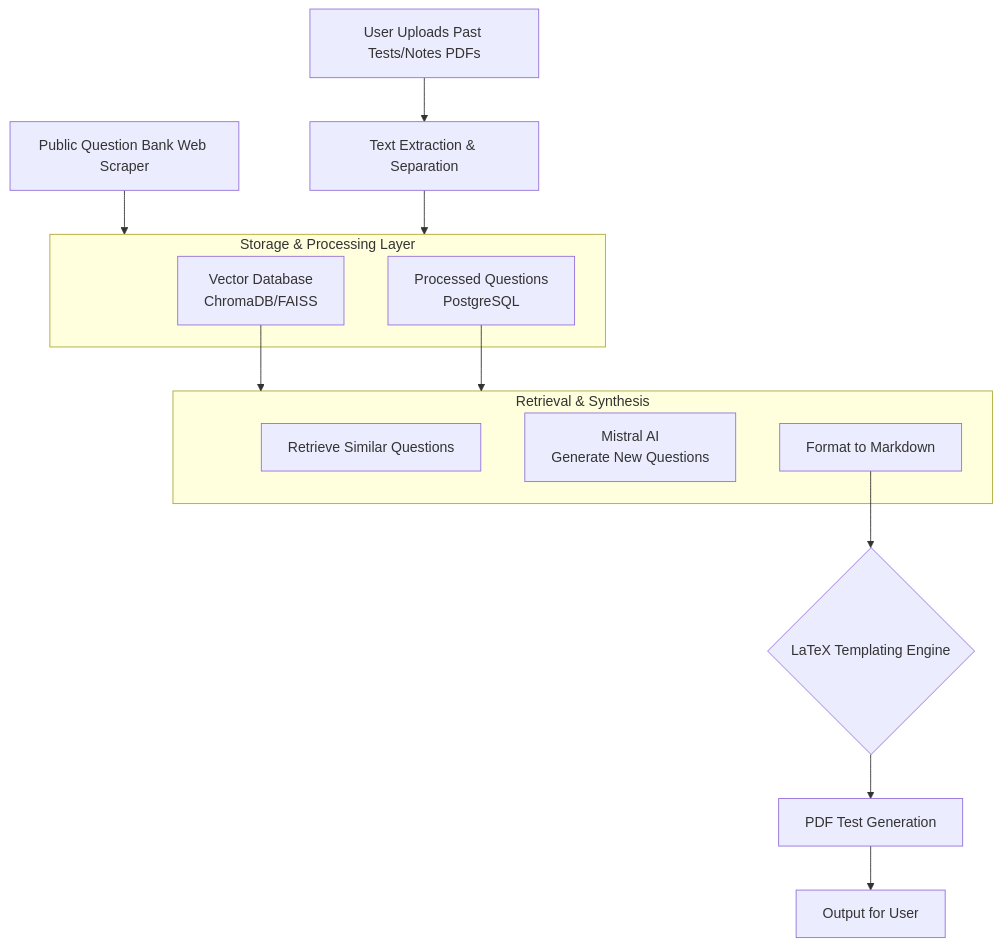
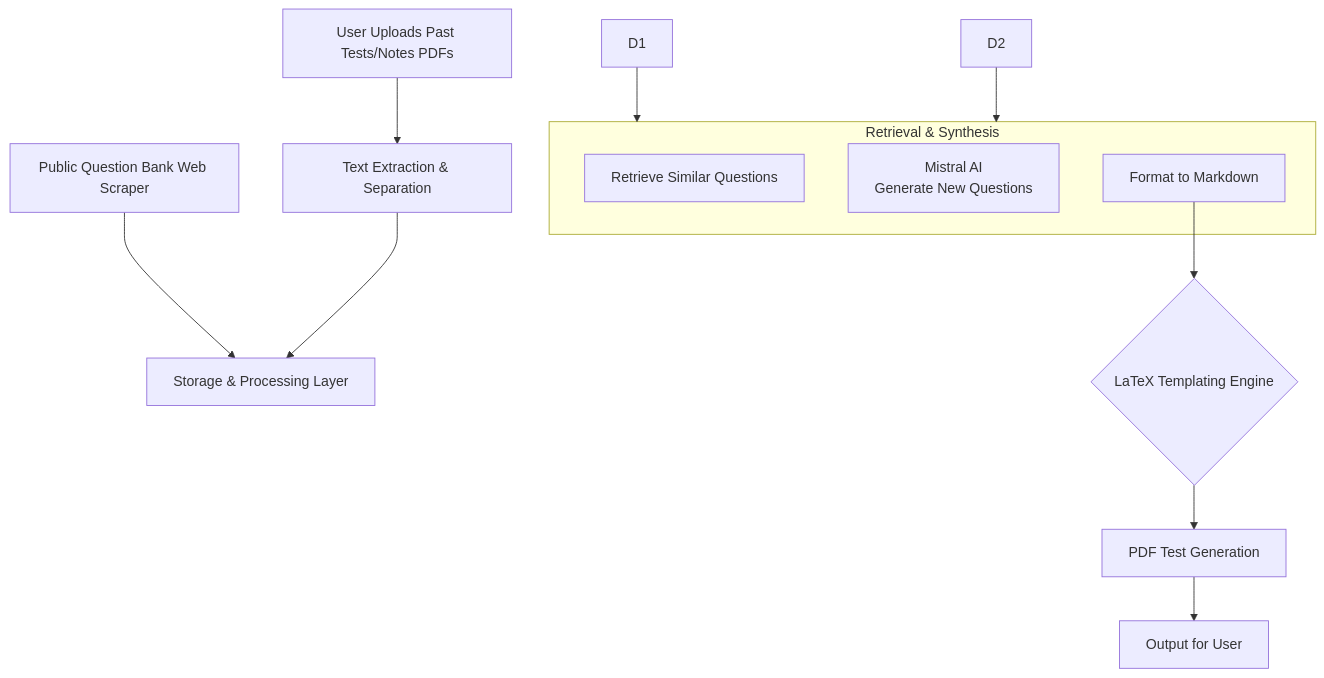
Before and after one commit to NadimMussaDaud/MistralAIExamsGenerationApp: the diagram in README.md, drawn with Mermaid.

Commit message:
Remove Storage & Processing Layer subgraph from README
Removed the Storage & Processing Layer subgraph from the diagram.

````diff
--- a/README.md
+++ b/README.md
@@ -17,24 +17,19 @@
 ```mermaid
 flowchart TD
     A[User Uploads Past Tests/Notes PDFs] --> B[Text Extraction & Separation]
     C[Public Question Bank Web Scraper] --> D[Storage & Processing Layer]
     B --> D
-
-    subgraph D [Storage & Processing Layer]
-        D1[Vector Database<br>ChromaDB/FAISS]
-        D2[Processed Questions<br>PostgreSQL]
-    end
 
     D1 --> E[Retrieval & Synthesis]
     D2 --> E
 
     subgraph E [Retrieval & Synthesis]
         E1[Retrieve Similar Questions]
         E2[Mistral AI<br>Generate New Questions]
         E3[Format to Markdown]
     end
 
     E3 --> F{LaTeX Templating Engine}
     F --> G[PDF Test Generation]
     G --> H[Output for User]
 ```
````
